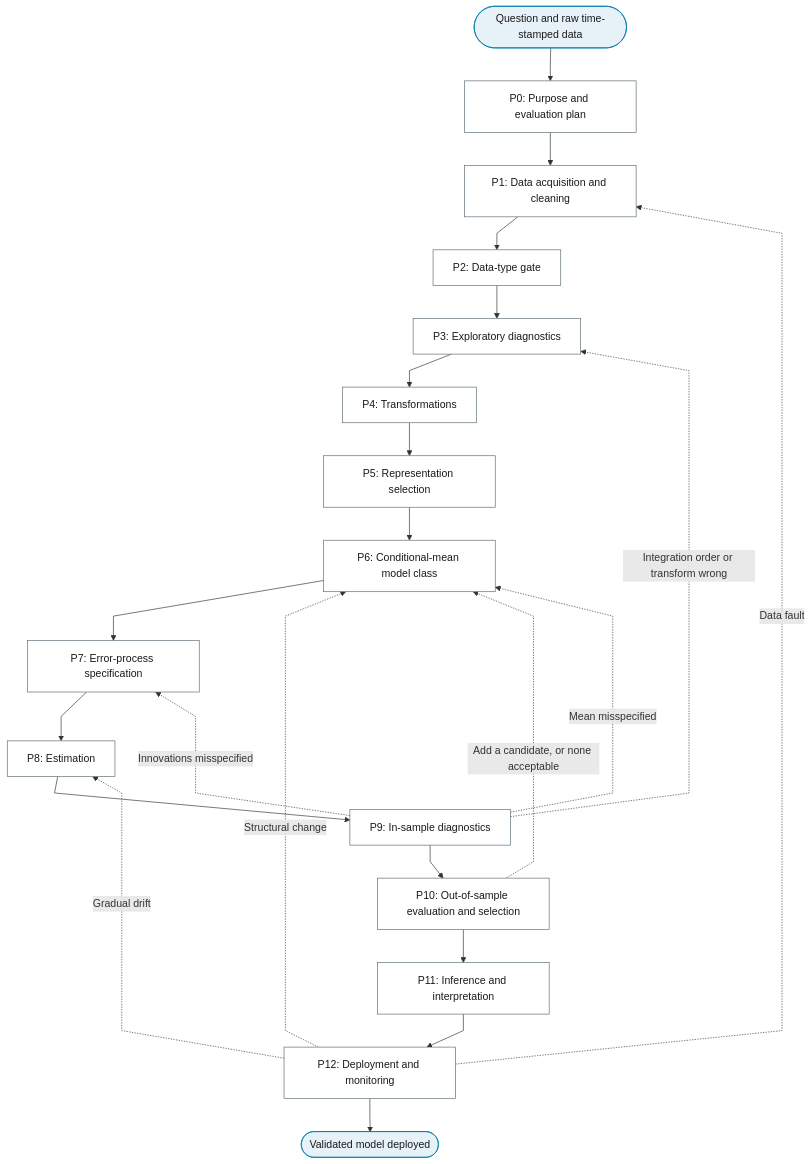
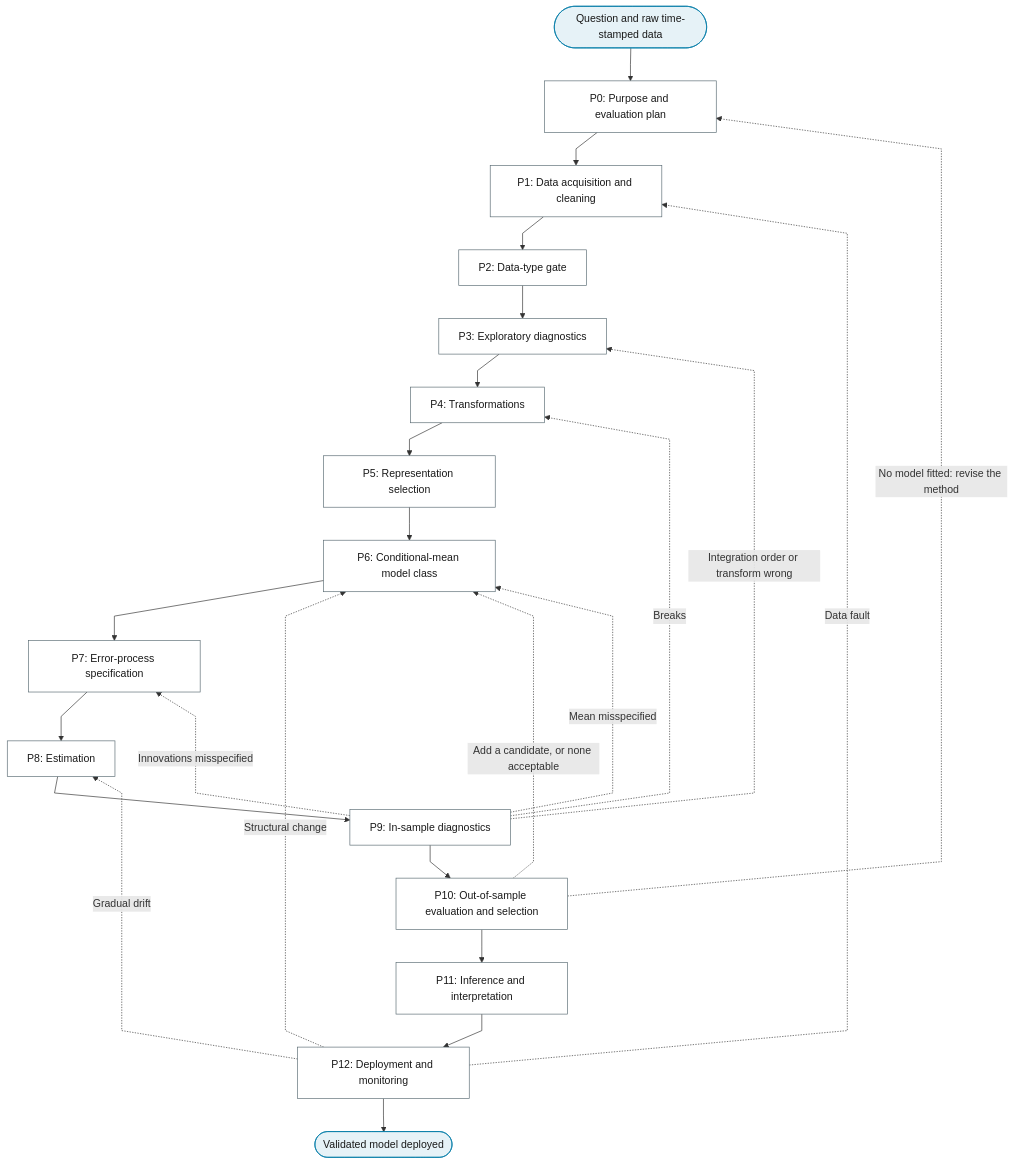
One commit to Shuxin-Y/time-series-analysis-manual changed the diagram in docs/01-workflow/index.md. Above: the diagram before and after it, drawn with Mermaid. The commit also changed 5 other files, not shown here.

````diff
--- a/docs/01-workflow/index.md
+++ b/docs/01-workflow/index.md
@@ -7,35 +7,37 @@
 ```mermaid
 %%{init: {"flowchart": {"curve": "linear"}}}%%
 graph TD
     MASTER_START(["Question and raw time-stamped data"]) --> P0["P0: Purpose and evaluation plan"]
     P0 --> P1["P1: Data acquisition and cleaning"]
     P1 --> P2["P2: Data-type gate"]
     P2 --> P3["P3: Exploratory diagnostics"]
     P3 --> P4["P4: Transformations"]
     P4 --> P5["P5: Representation selection"]
     P5 --> P6["P6: Conditional-mean model class"]
     P6 --> P7["P7: Error-process specification"]
     P7 --> P8["P8: Estimation"]
     P8 --> P9["P9: In-sample diagnostics"]
     P9 --> P10["P10: Out-of-sample evaluation and selection"]
     P10 --> P11["P11: Inference and interpretation"]
     P11 --> P12["P12: Deployment and monitoring"]
     P9 -.->|"Integration order or transform wrong"| P3
     P9 -.->|"Mean misspecified"| P6
     P9 -.->|"Innovations misspecified"| P7
     P10 -.->|"Add a candidate, or none acceptable"| P6
+    P10 -.->|"No model fitted: revise the method"| P0
+    P9 -.->|"Breaks"| P4
     P12 -.->|"Data fault"| P1
     P12 -.->|"Structural change"| P6
     P12 -.->|"Gradual drift"| P8
     P12 --> MASTER_END(["Validated model deployed"])
     class MASTER_START,MASTER_END terminator
     class P0,P1,P2,P3,P4,P5,P6,P7,P8,P9,P10,P11,P12 process
     classDef terminator fill:#E6F2F7,stroke:#007BA7,color:#1A1A1A;
     classDef process fill:#FFFFFF,stroke:#5A6B73,color:#1A1A1A;
     classDef decision fill:#EFE7F0,stroke:#9B7FA7,color:#1A1A1A;
     classDef data fill:#FFF4E0,stroke:#C9A55E,color:#1A1A1A;
     classDef good fill:#DCEFD8,stroke:#4A7A3F,color:#1A1A1A;
     classDef escalate fill:#FFE9C2,stroke:#C9A55E,color:#1A1A1A;
     classDef problem fill:#F2D9DE,stroke:#800020,color:#1A1A1A;
     classDef ref fill:#F7F7F7,stroke:#5A6B73,color:#1A1A1A,stroke-dasharray:4 3;
 ```
````
